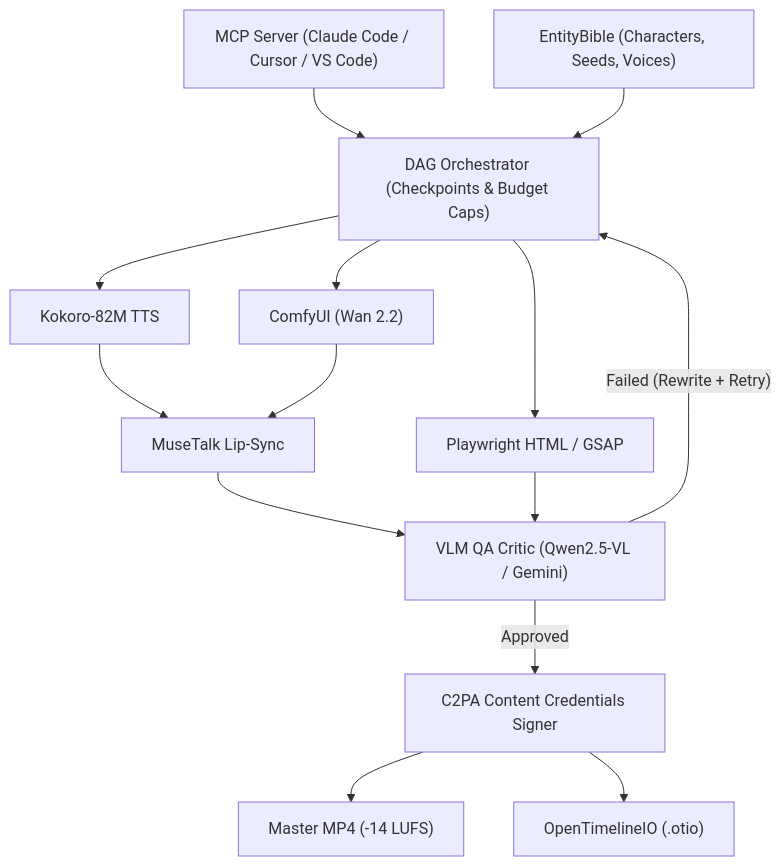
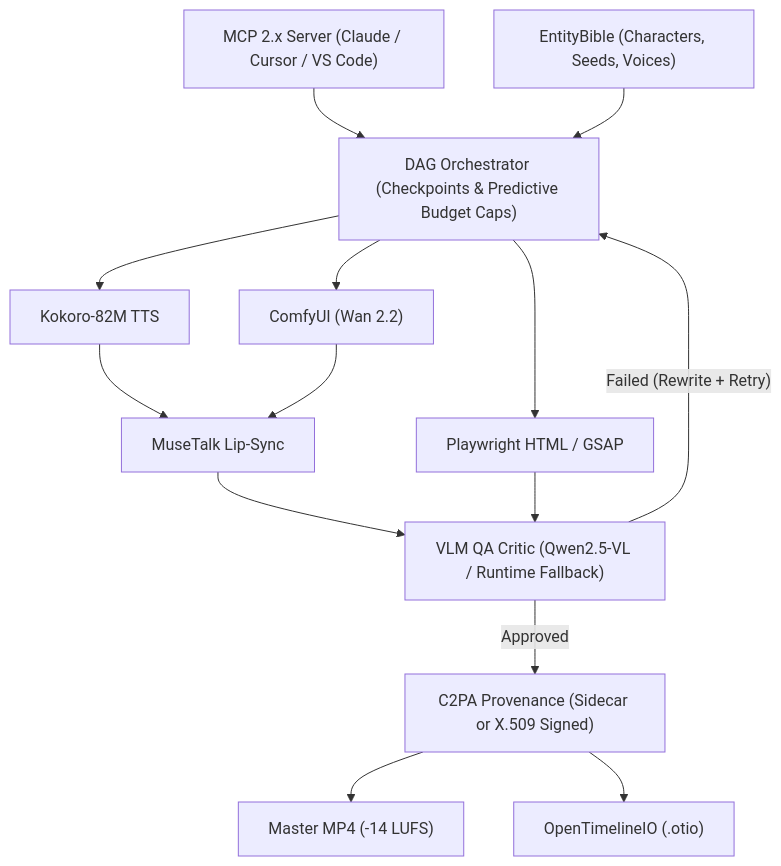
Before and after one commit to Duttaak555/cineforge-agent: the diagram in README.md, drawn with Mermaid. The commit also changed other lines of this file and 3 other files, not shown here.

Commit message:
fix(hybrid,docs): add runtime inference timeout fallback in hybrid mode and clarify C2PA sidecar vs X.509 signing in README

````diff
--- a/README.md
+++ b/README.md
@@ -19,11 +19,11 @@
 ```mermaid
 flowchart TD
-    MCP["MCP Server (Claude Code / Cursor / VS Code)"] --> DAG["DAG Orchestrator (Checkpoints & Budget Caps)"]
+    MCP["MCP 2.x Server (Claude / Cursor / VS Code)"] --> DAG["DAG Orchestrator (Checkpoints & Predictive Budget Caps)"]
     BIBLE["EntityBible (Characters, Seeds, Voices)"] --> DAG
     DAG --> TTS["Kokoro-82M TTS"] & T2V["ComfyUI (Wan 2.2)"] & HTML["Playwright HTML / GSAP"]
     TTS & T2V --> LIP["MuseTalk Lip-Sync"]
-    LIP & HTML --> VLM["VLM QA Critic (Qwen2.5-VL / Gemini)"]
+    LIP & HTML --> VLM["VLM QA Critic (Qwen2.5-VL / Runtime Fallback)"]
     VLM -- "Failed (Rewrite + Retry)" --> DAG
-    VLM -- "Approved" --> C2PA["C2PA Content Credentials Signer"]
+    VLM -- "Approved" --> C2PA["C2PA Provenance (Sidecar or X.509 Signed)"]
     C2PA --> MP4["Master MP4 (-14 LUFS)"] & OTIO["OpenTimelineIO (.otio)"]
 ```
````
